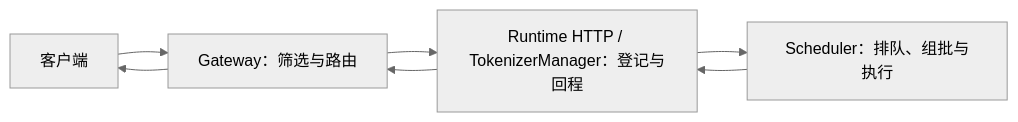
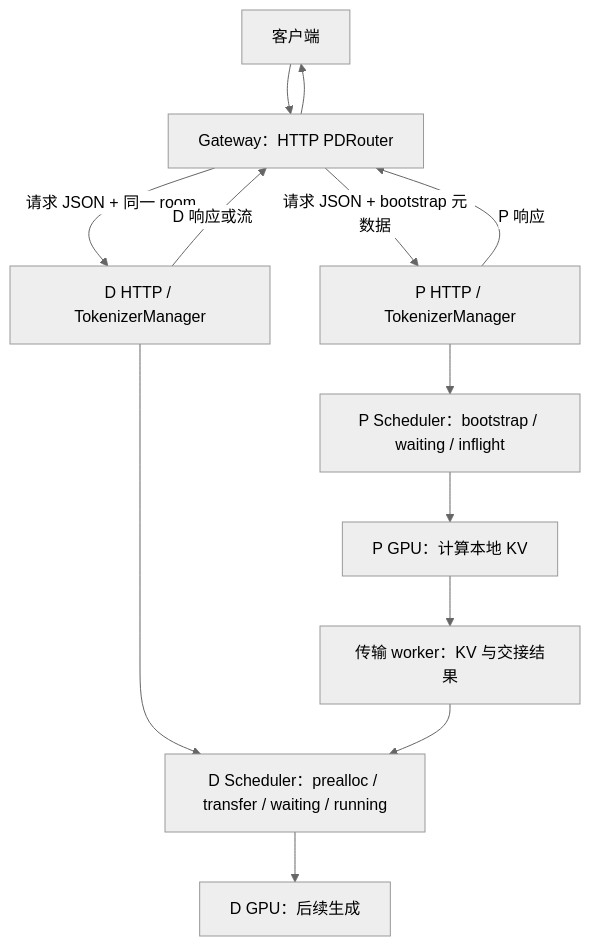
One commit to Asher-XunZhang/ai-infra-wiki changed the first of 3 diagrams in sglang/服务运维/SGLang 服务生命周期与请求治理学习文档.md. Above: the diagram before and after it, drawn with Mermaid (neutral theme). The commit also changed other lines of this file and 11 other files, not shown here.

````diff
--- a/sglang/服务运维/SGLang 服务生命周期与请求治理学习文档.md
+++ b/sglang/服务运维/SGLang 服务生命周期与请求治理学习文档.md
@@ -23,9 +35,15 @@
 ```mermaid
-flowchart LR
-    C[客户端] --> G[Gateway：筛选与路由]
-    G --> T[Runtime HTTP / TokenizerManager：登记与回程]
-    T --> S[Scheduler：排队、组批与执行]
-    S --> T
-    T --> G
+flowchart TD
+    C[客户端] --> G[Gateway：HTTP PDRouter]
+    G -->|请求 JSON + bootstrap 元数据| P[P HTTP / TokenizerManager]
+    G -->|请求 JSON + 同一 room| D[D HTTP / TokenizerManager]
+    P --> PS[P Scheduler：bootstrap / waiting / inflight]
+    D --> DS[D Scheduler：prealloc / transfer / waiting / running]
+    PS --> PG[P GPU：计算本地 KV]
+    PG --> K[传输 worker：KV 与交接结果]
+    K --> DS
+    DS --> DG[D GPU：后续生成]
+    P -->|P 响应| G
+    D -->|D 响应或流| G
     G --> C
 ```
````
